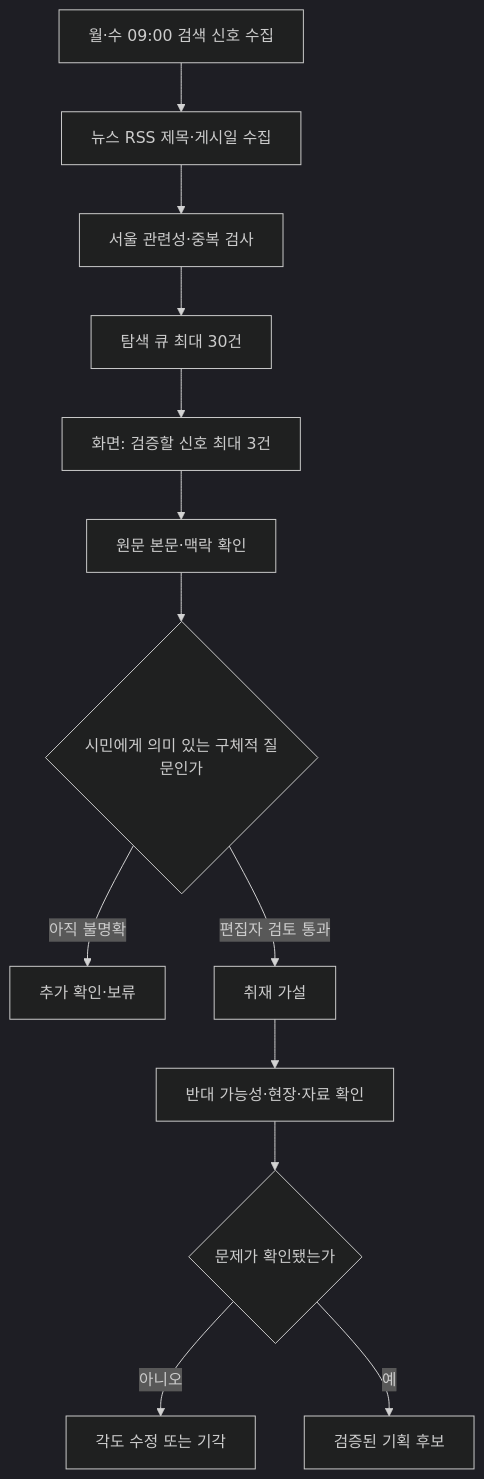
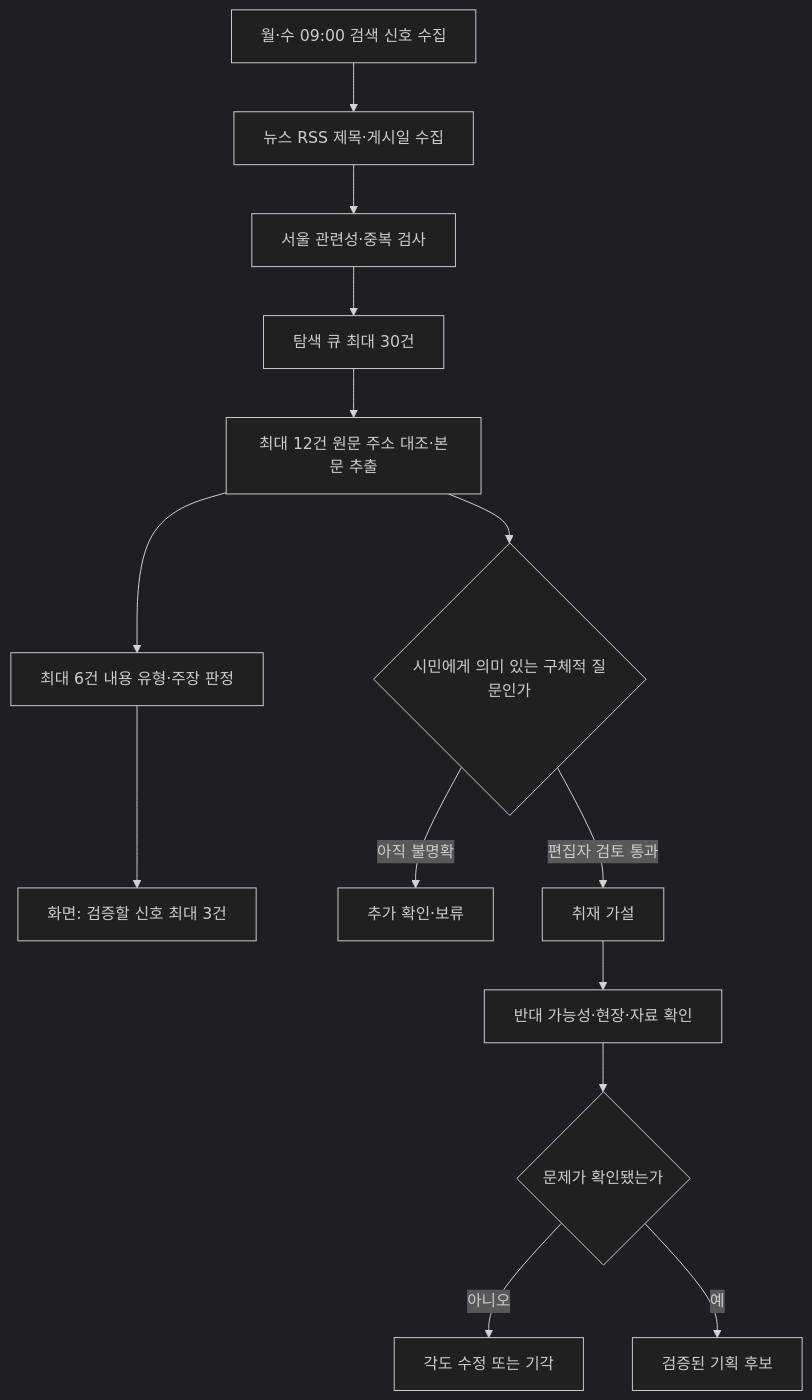
One commit to onetym77-bit/news-item-radar changed the diagram in editorial-v3/SYSTEM_ARCHITECTURE.md. Above: the diagram before and after it, drawn with Mermaid (dark theme). The commit also changed other lines of this file, not shown here.

````diff
--- a/editorial-v3/SYSTEM_ARCHITECTURE.md
+++ b/editorial-v3/SYSTEM_ARCHITECTURE.md
@@ -9,15 +9,16 @@
 ```mermaid
 flowchart TD
     A[월·수 09:00 검색 신호 수집] --> B[뉴스 RSS 제목·게시일 수집]
     B --> C[서울 관련성·중복 검사]
     C --> D[탐색 큐 최대 30건]
-    D --> E[화면: 검증할 신호 최대 3건]
-    E --> F[원문 본문·맥락 확인]
+    D --> F[최대 12건 원문 주소 대조·본문 추출]
+    F --> Q[최대 6건 내용 유형·주장 판정]
+    Q --> E[화면: 검증할 신호 최대 3건]
     F --> G{시민에게 의미 있는 구체적 질문인가}
     G -->|아직 불명확| H[추가 확인·보류]
     G -->|편집자 검토 통과| I[취재 가설]
     I --> J[반대 가능성·현장·자료 확인]
     J --> K{문제가 확인됐는가}
     K -->|아니오| L[각도 수정 또는 기각]
     K -->|예| M[검증된 기획 후보]
 ```
````
